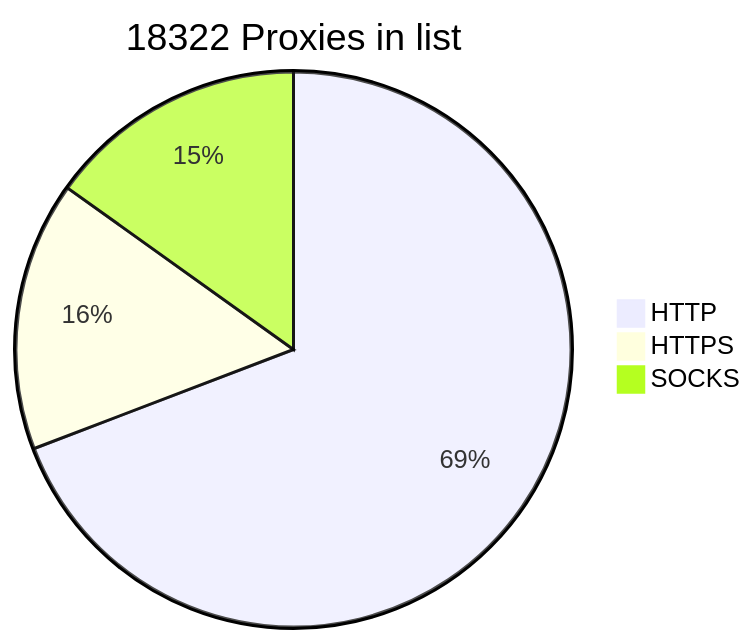
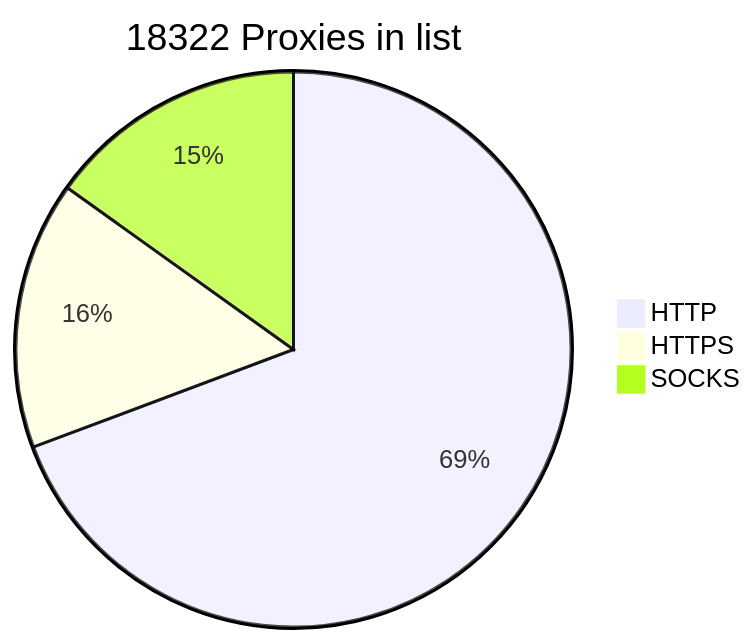
One commit to BlackSnowDot/proxylist-update-every-minute changed the diagram in README.md. Above: the diagram before and after it, drawn with Mermaid. The commit also changed other lines of this file, not shown here.

````diff
--- a/README.md
+++ b/README.md
@@ -2,6 +2,6 @@
 ```mermaid
 pie title 18322 Proxies in list
-    "HTTP" : 13664
-    "HTTPS": 3097
+    "HTTP" : 13685
+    "HTTPS": 3079
     "SOCKS" : 2986
 ```
````
